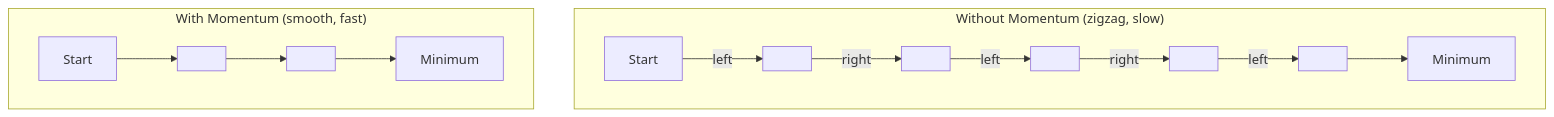
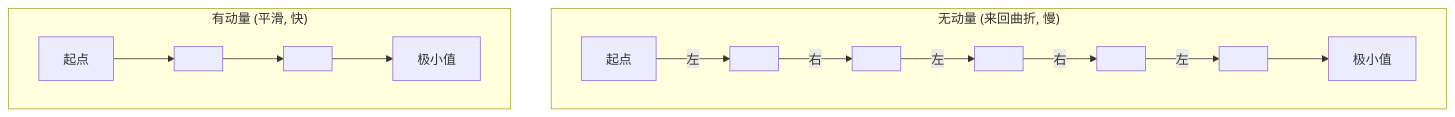
Before and after one commit to JerryC8080/ai-engineering-from-scratch-zh: the third of 5 diagrams in phases/01-math-foundations/08-optimization/docs/zh.md, drawn with Mermaid. The commit also changed other lines of this file and 156 other files, not shown here.

First line of the commit message:
i18n(zh): translate mermaid diagram labels in 157 lesson zh.md

````diff
--- a/phases/01-math-foundations/08-optimization/docs/zh.md
+++ b/phases/01-math-foundations/08-optimization/docs/zh.md
@@ -106,14 +106,14 @@
 ```mermaid
 graph TD
-    subgraph Without["Without Momentum (zigzag, slow)"]
-        W1["Start"] -->|left| W2[" "]
-        W2 -->|right| W3[" "]
-        W3 -->|left| W4[" "]
-        W4 -->|right| W5[" "]
-        W5 -->|left| W6[" "]
-        W6 --> W7["Minimum"]
+    subgraph Without["无动量 (来回曲折, 慢)"]
+        W1["起点"] -->|左| W2[" "]
+        W2 -->|右| W3[" "]
+        W3 -->|左| W4[" "]
+        W4 -->|右| W5[" "]
+        W5 -->|左| W6[" "]
+        W6 --> W7["极小值"]
     end
-    subgraph With["With Momentum (smooth, fast)"]
-        M1["Start"] --> M2[" "] --> M3[" "] --> M4["Minimum"]
+    subgraph With["有动量 (平滑, 快)"]
+        M1["起点"] --> M2[" "] --> M3[" "] --> M4["极小值"]
     end
 ```
````
